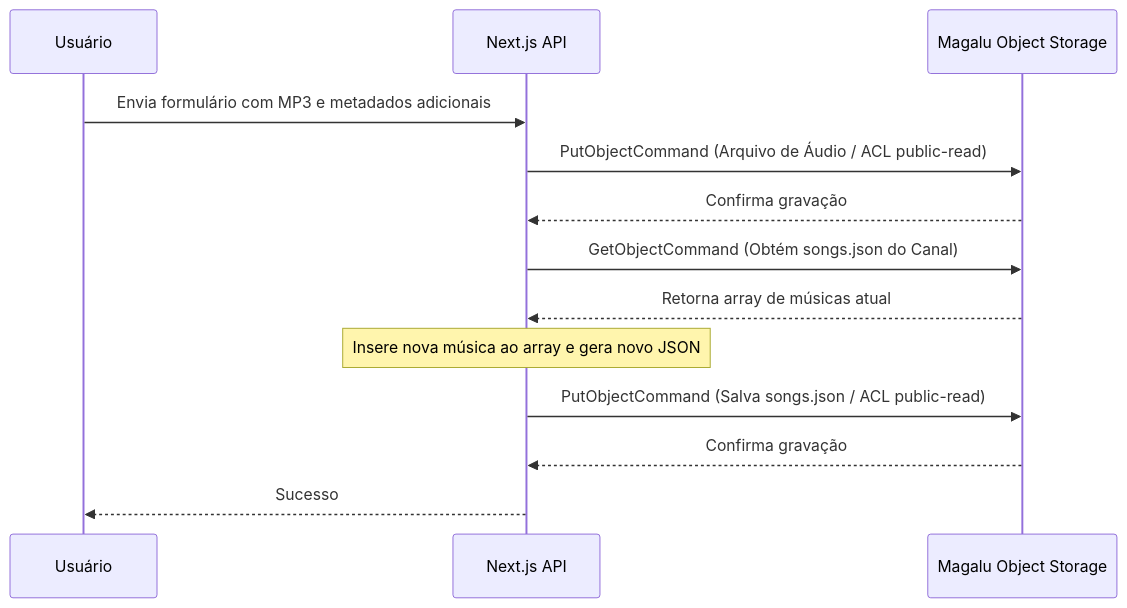
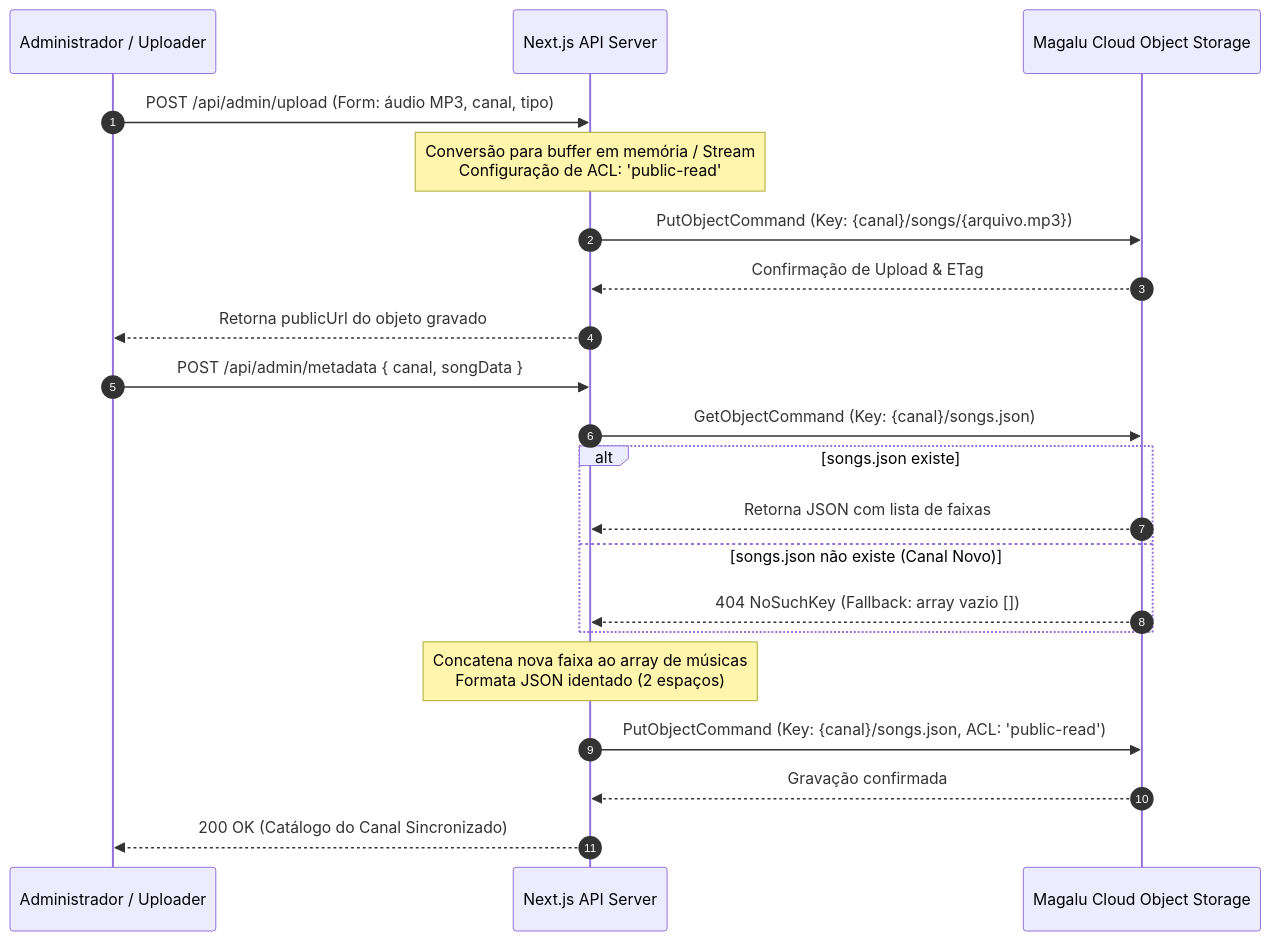
Before and after one commit to BrunoAndradeDinis/painel-stream: the third of 4 diagrams in README.md, drawn with Mermaid. The commit also changed other lines of this file, not shown here.

Commit message:
docs: update README with comprehensive system architecture details, updated diagrams, and refined technical workflows

````diff
--- a/README.md
+++ b/README.md
@@ -63,16 +120,25 @@
 ```mermaid
 sequenceDiagram
-    participant User as Usuário
-    participant Next as Next.js API
-    participant S3 as Magalu Object Storage
-    
-    User->>Next: Envia formulário com MP3 e metadados adicionais
-    Next->>S3: PutObjectCommand (Arquivo de Áudio / ACL public-read)
-    S3-->>Next: Confirma gravação
-    Next->>S3: GetObjectCommand (Obtém songs.json do Canal)
-    S3-->>Next: Retorna array de músicas atual
-    Note over Next: Insere nova música ao array e gera novo JSON
-    Next->>S3: PutObjectCommand (Salva songs.json / ACL public-read)
-    S3-->>Next: Confirma gravação
-    Next-->>User: Sucesso
+    autonumber
+    participant User as Administrador / Uploader
+    participant Next as Next.js API Server
+    participant S3 as Magalu Cloud Object Storage
+
+    User->>Next: POST /api/admin/upload (Form: áudio MP3, canal, tipo)
+    Note over Next: Conversão para buffer em memória / Stream<br/>Configuração de ACL: 'public-read'
+    Next->>S3: PutObjectCommand (Key: {canal}/songs/{arquivo.mp3})
+    S3-->>Next: Confirmação de Upload & ETag
+    Next-->>User: Retorna publicUrl do objeto gravado
+
+    User->>Next: POST /api/admin/metadata { canal, songData }
+    Next->>S3: GetObjectCommand (Key: {canal}/songs.json)
+    alt songs.json existe
+        S3-->>Next: Retorna JSON com lista de faixas
+    else songs.json não existe (Canal Novo)
+        S3-->>Next: 404 NoSuchKey (Fallback: array vazio [])
+    end
+    Note over Next: Concatena nova faixa ao array de músicas<br/>Formata JSON identado (2 espaços)
+    Next->>S3: PutObjectCommand (Key: {canal}/songs.json, ACL: 'public-read')
+    S3-->>Next: Gravação confirmada
+    Next-->>User: 200 OK (Catálogo do Canal Sincronizado)
 ```
````
